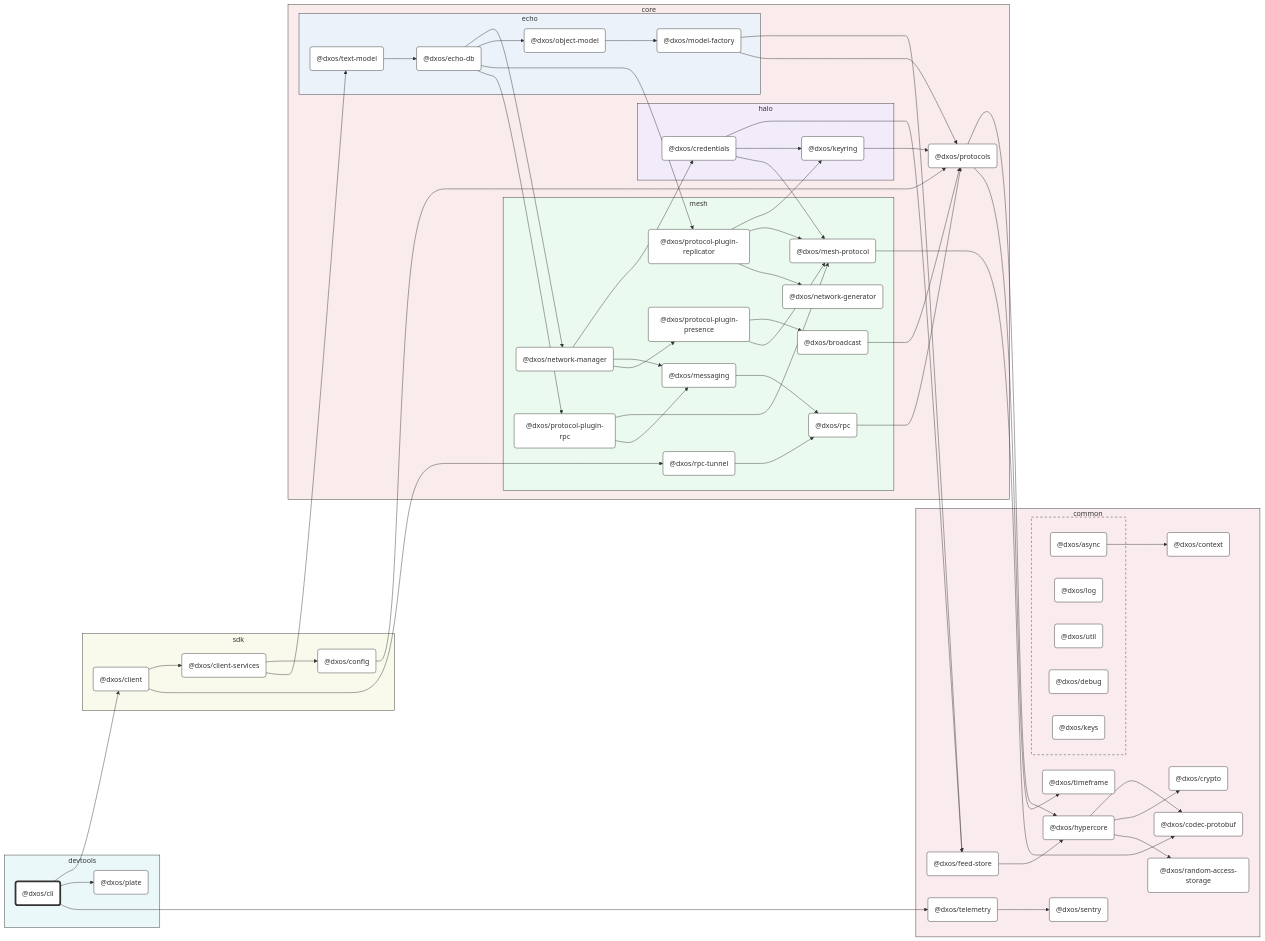
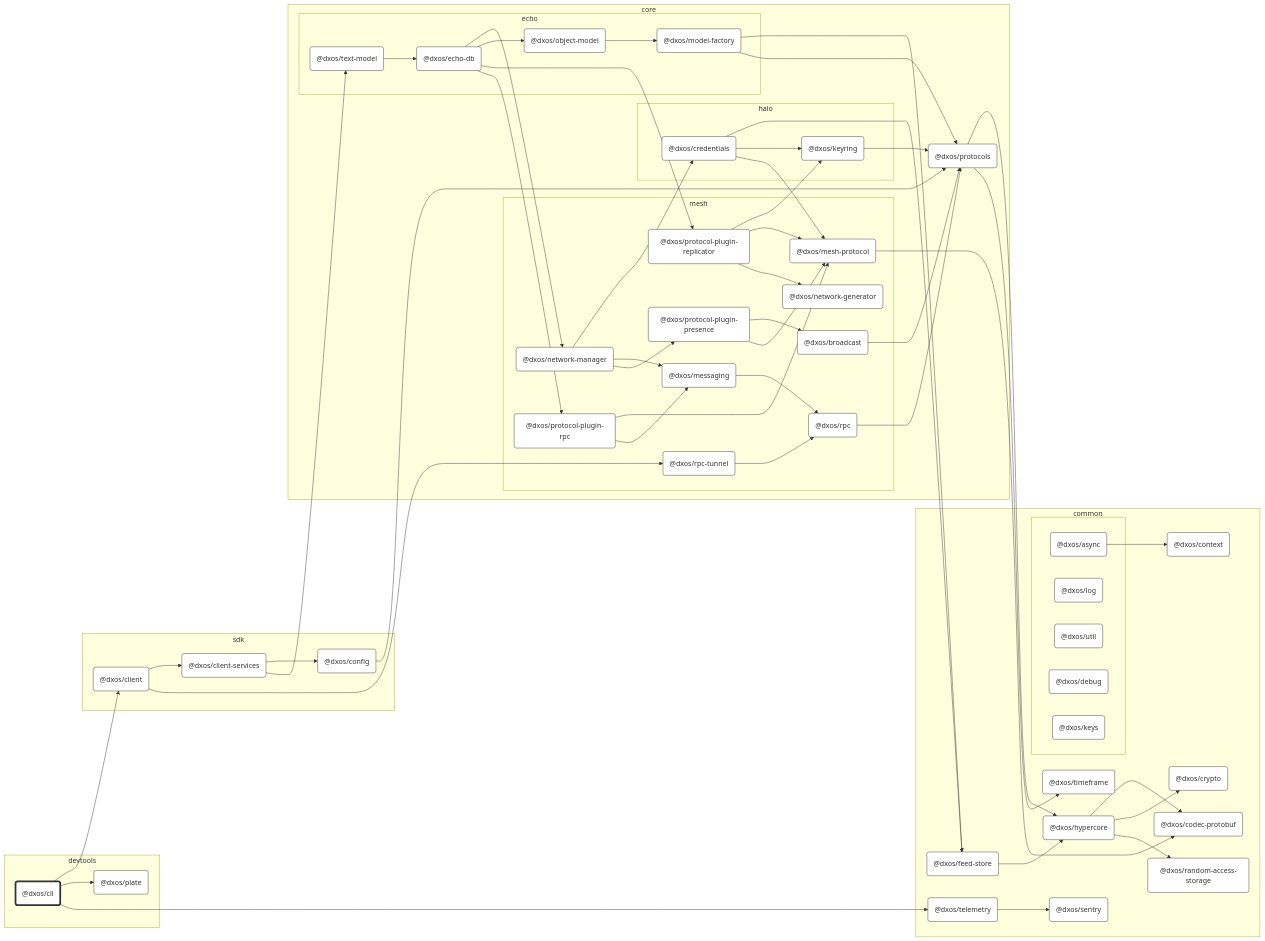
One commit to dxos/dxos changed the diagram in packages/devtools/cli/docs/README.md. Above: the diagram before and after it, drawn with Mermaid. The commit also changed 80 other files, not shown here.

```diff
--- a/packages/devtools/cli/docs/README.md
+++ b/packages/devtools/cli/docs/README.md
@@ -16,7 +16,6 @@
 %% Nodes
 
 subgraph devtools [devtools]
-  style devtools fill:#ebf8fa,stroke:#333
   dxos/cli("@dxos/cli"):::root
   click dxos/cli "dxos/dxos/tree/main/packages/devtools/cli/docs"
   dxos/plate("@dxos/plate"):::def
@@ -24,7 +23,6 @@
 end
 
 subgraph common [common]
-  style common fill:#faebee,stroke:#333
   dxos/context("@dxos/context"):::def
   click dxos/context "dxos/dxos/tree/main/packages/common/context/docs"
   dxos/codec-protobuf("@dxos/codec-protobuf"):::def
@@ -45,7 +43,6 @@
   click dxos/telemetry "dxos/dxos/tree/main/packages/common/telemetry/docs"
 
   subgraph _ [ ]
-    style _ fill:#faebee,stroke:#333,stroke-dasharray:5 5
     dxos/async("@dxos/async"):::def
     click dxos/async "dxos/dxos/tree/main/packages/common/async/docs"
     dxos/log("@dxos/log"):::def
@@ -60,7 +57,6 @@
 end
 
 subgraph sdk [sdk]
-  style sdk fill:#f9faeb,stroke:#333
   dxos/client("@dxos/client"):::def
   click dxos/client "dxos/dxos/tree/main/packages/sdk/client/docs"
   dxos/client-services("@dxos/client-services"):::def
@@ -70,12 +66,10 @@
 end
 
 subgraph core [core]
-  style core fill:#faebec,stroke:#333
   dxos/protocols("@dxos/protocols"):::def
   click dxos/protocols "dxos/dxos/tree/main/packages/core/protocols/docs"
 
   subgraph halo [halo]
-    style halo fill:#f1ebfa,stroke:#333
     dxos/credentials("@dxos/credentials"):::def
     click dxos/credentials "dxos/dxos/tree/main/packages/core/halo/credentials/docs"
     dxos/keyring("@dxos/keyring"):::def
@@ -83,7 +77,6 @@
   end
 
   subgraph mesh [mesh]
-    style mesh fill:#ebfaef,stroke:#333
     dxos/mesh-protocol("@dxos/mesh-protocol"):::def
     click dxos/mesh-protocol "dxos/dxos/tree/main/packages/core/mesh/mesh-protocol/docs"
     dxos/messaging("@dxos/messaging"):::def
@@ -107,7 +100,6 @@
   end
 
   subgraph echo [echo]
-    style echo fill:#ebf2fa,stroke:#333
     dxos/echo-db("@dxos/echo-db"):::def
     click dxos/echo-db "dxos/dxos/tree/main/packages/core/echo/echo-db/docs"
     dxos/model-factory("@dxos/model-factory"):::def
```
